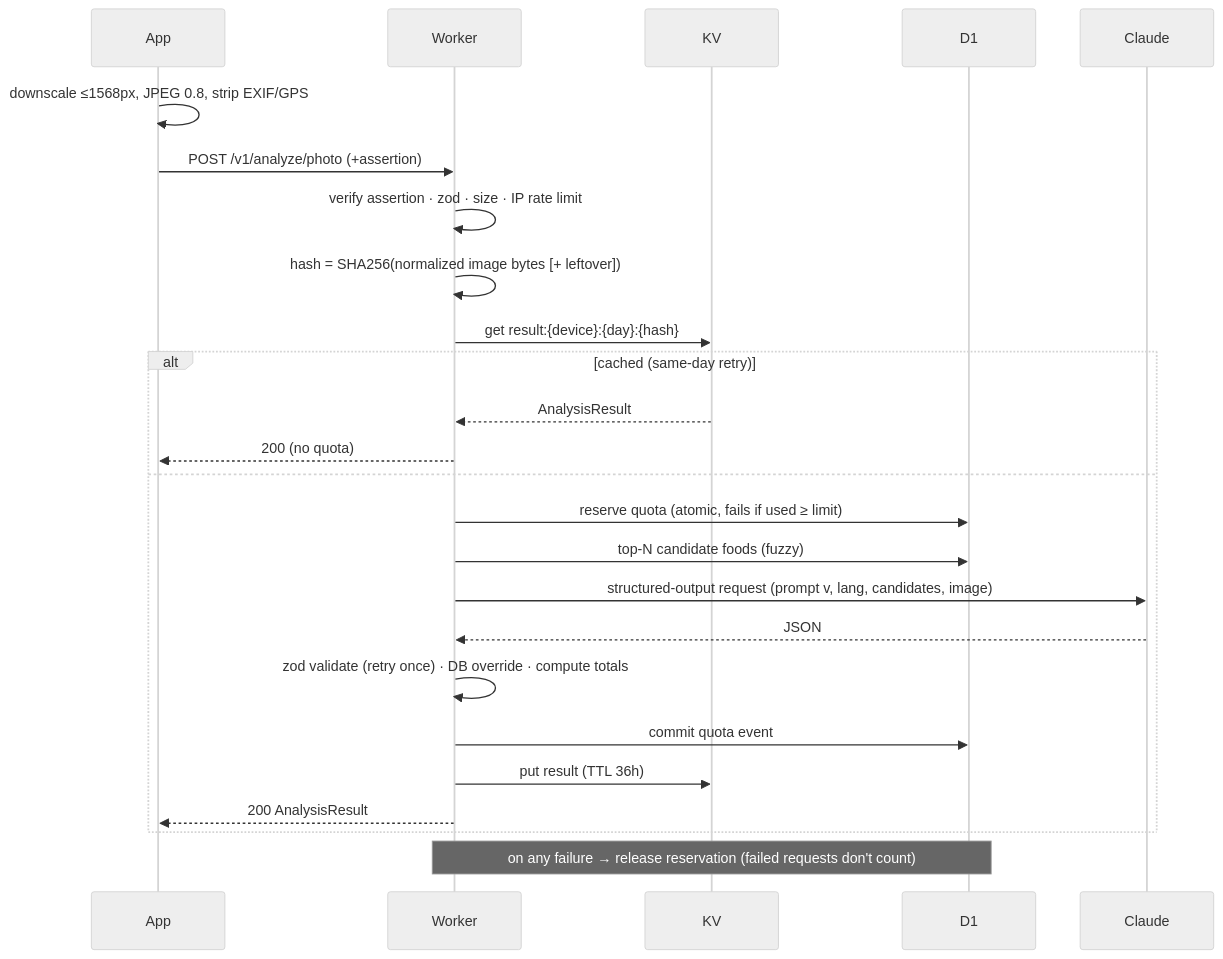
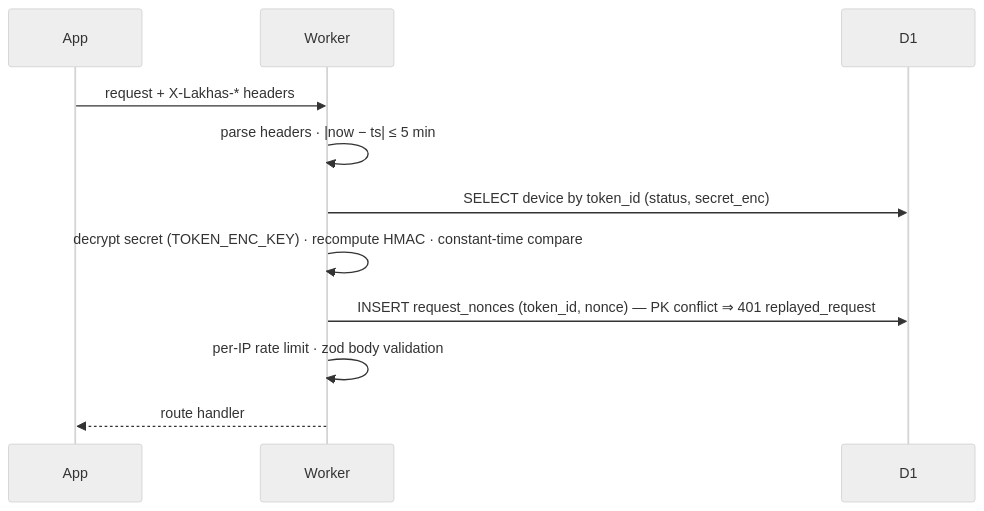
Before and after one commit to KhaledZaki1919/lakhas: the second of 2 diagrams in docs/architecture.md, drawn with Mermaid (neutral theme). The commit also changed other lines of this file and 5 other files, not shown here.

````diff
--- a/docs/architecture.md
+++ b/docs/architecture.md
@@ -368,27 +319,13 @@
 ```mermaid
 sequenceDiagram
   participant A as App
   participant W as Worker
-  participant K as KV
   participant D as D1
-  participant C as Claude
-  A->>A: downscale ≤1568px, JPEG 0.8, strip EXIF/GPS
-  A->>W: POST /v1/analyze/photo (+assertion)
-  W->>W: verify assertion · zod · size · IP rate limit
-  W->>W: hash = SHA256(normalized image bytes [+ leftover])
-  W->>K: get result:{device}:{day}:{hash}
-  alt cached (same-day retry)
-    K-->>W: AnalysisResult
-    W-->>A: 200 (no quota)
-  else
-    W->>D: reserve quota (atomic, fails if used ≥ limit)
-    W->>D: top-N candidate foods (fuzzy)
-    W->>C: structured-output request (prompt v, lang, candidates, image)
-    C-->>W: JSON
-    W->>W: zod validate (retry once) · DB override · compute totals
-    W->>D: commit quota event
-    W->>K: put result (TTL 36h)
-    W-->>A: 200 AnalysisResult
-  end
-  Note over W,D: on any failure → release reservation (failed requests don't count)
+  A->>W: request + X-Lakhas-* headers
+  W->>W: parse headers · |now − ts| ≤ 5 min
+  W->>D: SELECT device by token_id (status, secret_enc)
+  W->>W: decrypt secret (TOKEN_ENC_KEY) · recompute HMAC · constant-time compare
+  W->>D: INSERT request_nonces (token_id, nonce) — PK conflict ⇒ 401 replayed_request
+  W->>W: per-IP rate limit · zod body validation
+  W-->>A: route handler
 ```
````
